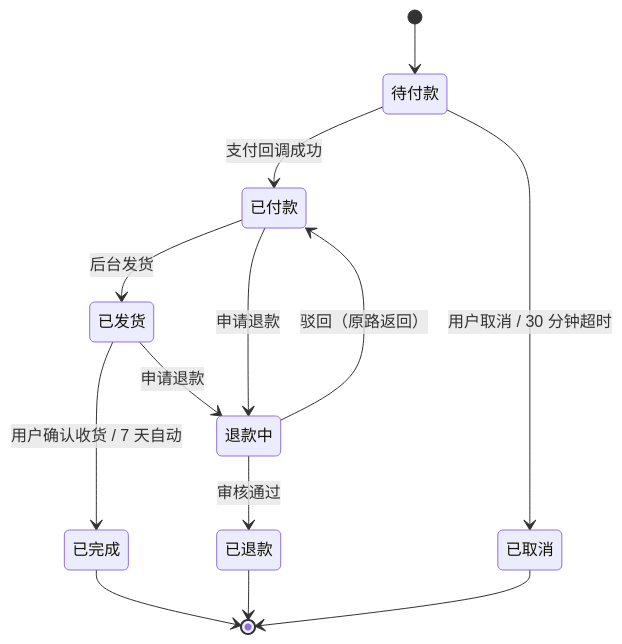
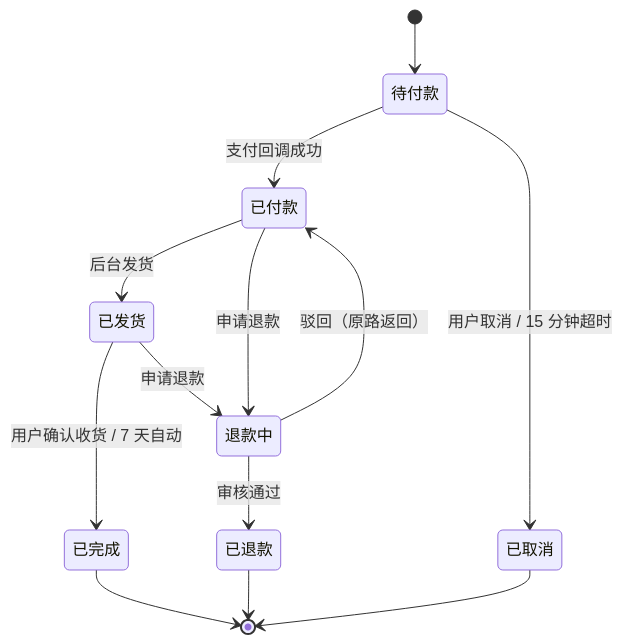
Before and after one commit to Serein47/KDShop: the first of 3 diagrams in docs/order-lifecycle.md, drawn with Mermaid. The commit also changed other lines of this file and 6 other files, not shown here.

````diff
--- a/docs/order-lifecycle.md
+++ b/docs/order-lifecycle.md
@@ -7,23 +7,23 @@
 ```mermaid
 stateDiagram-v2
     [*] --> PENDING_PAYMENT
     PENDING_PAYMENT: 待付款
     PAID: 已付款
     SHIPPED: 已发货
     COMPLETED: 已完成
     REFUNDING: 退款中
     REFUNDED: 已退款
     CANCELLED: 已取消
 
     PENDING_PAYMENT --> PAID : 支付回调成功
-    PENDING_PAYMENT --> CANCELLED : 用户取消 / 30 分钟超时
+    PENDING_PAYMENT --> CANCELLED : 用户取消 / 15 分钟超时
     PAID --> SHIPPED : 后台发货
     SHIPPED --> COMPLETED : 用户确认收货 / 7 天自动
     PAID --> REFUNDING : 申请退款
     SHIPPED --> REFUNDING : 申请退款
     REFUNDING --> REFUNDED : 审核通过
     REFUNDING --> PAID : 驳回（原路返回）
     CANCELLED --> [*]
     COMPLETED --> [*]
     REFUNDED --> [*]
 ```
````
